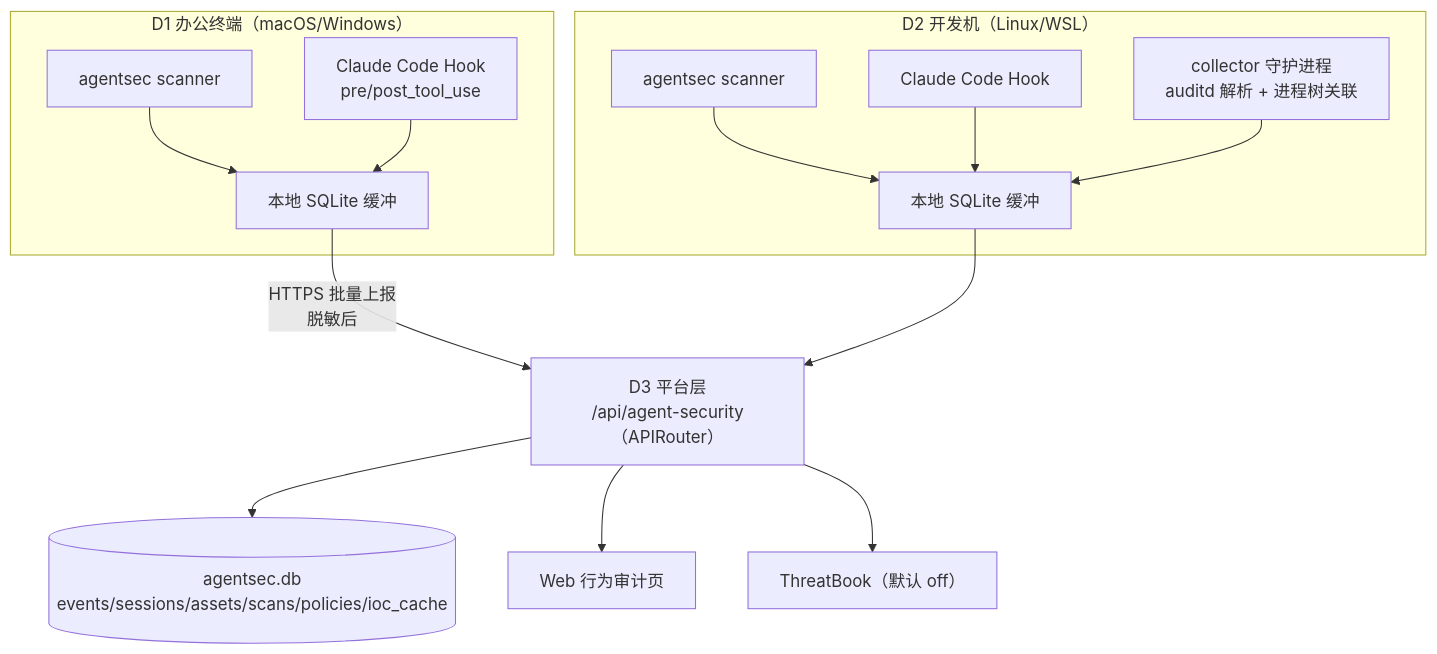
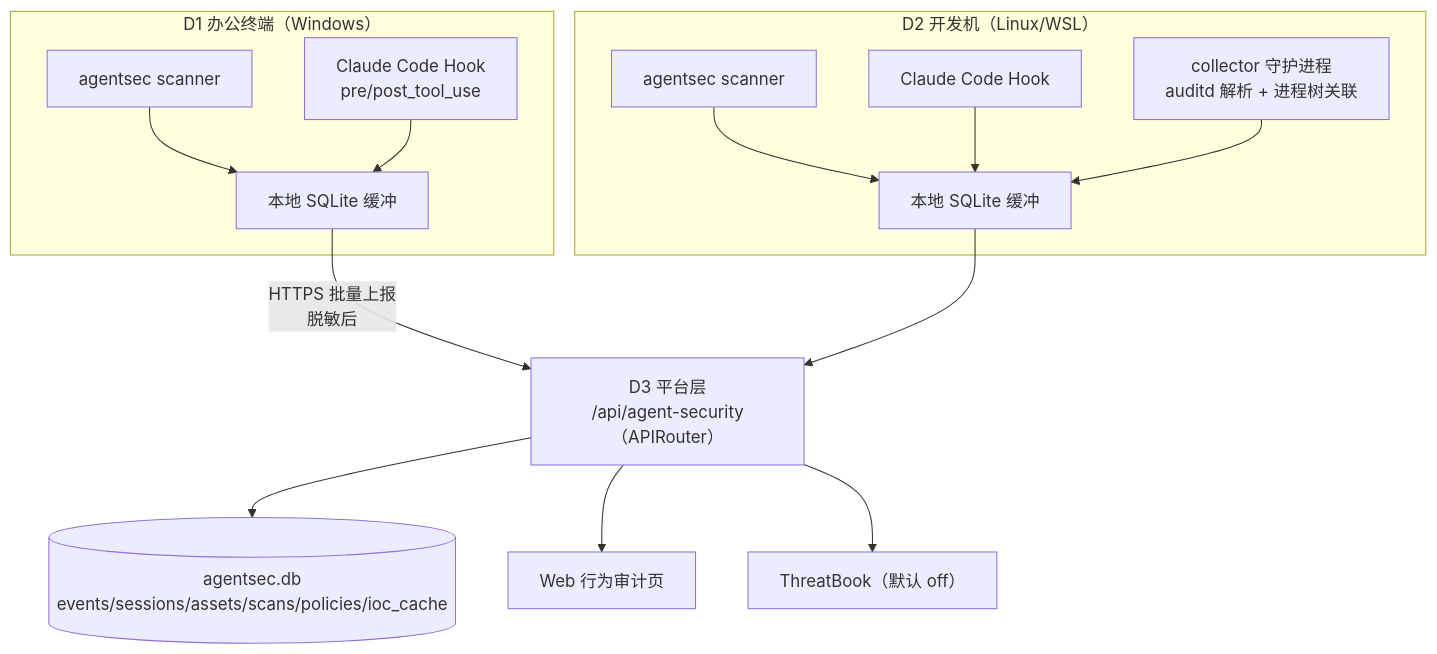
One commit to laixian805-tech/llm-security-guardrail-platform changed the diagram in docs/agent-security-platform-retrofit-plan.md. Above: the diagram before and after it, drawn with Mermaid. The commit also changed other lines of this file and 1 other file, not shown here.

First line of the commit message:
docs: drop macOS from device assumptions, D1 is Windows-only

````diff
--- a/docs/agent-security-platform-retrofit-plan.md
+++ b/docs/agent-security-platform-retrofit-plan.md
@@ -46,17 +46,17 @@
 ```mermaid
 flowchart TB
-    subgraph edge1["D1 办公终端（macOS/Windows）"]
+    subgraph edge1["D1 办公终端（Windows）"]
         s1["agentsec scanner"] --> b1["本地 SQLite 缓冲"]
         h1["Claude Code Hook<br/>pre/post_tool_use"] --> b1
     end
     subgraph edge2["D2 开发机（Linux/WSL）"]
         s2["agentsec scanner"] --> b2["本地 SQLite 缓冲"]
         h2["Claude Code Hook"] --> b2
         c2["collector 守护进程<br/>auditd 解析 + 进程树关联"] --> b2
     end
     b1 -->|"HTTPS 批量上报<br/>脱敏后"| api["D3 平台层<br/>/api/agent-security（APIRouter）"]
     b2 --> api
     api --> db[("agentsec.db<br/>events/sessions/assets/scans/policies/ioc_cache")]
     api --> web["Web 行为审计页"]
     api --> ti["ThreatBook（默认 off）"]
 ```
````
